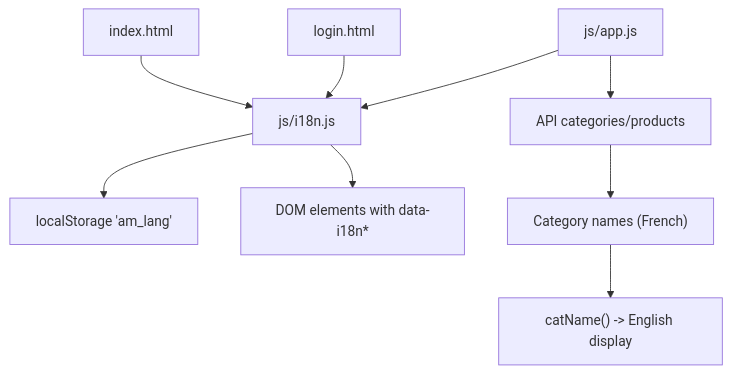
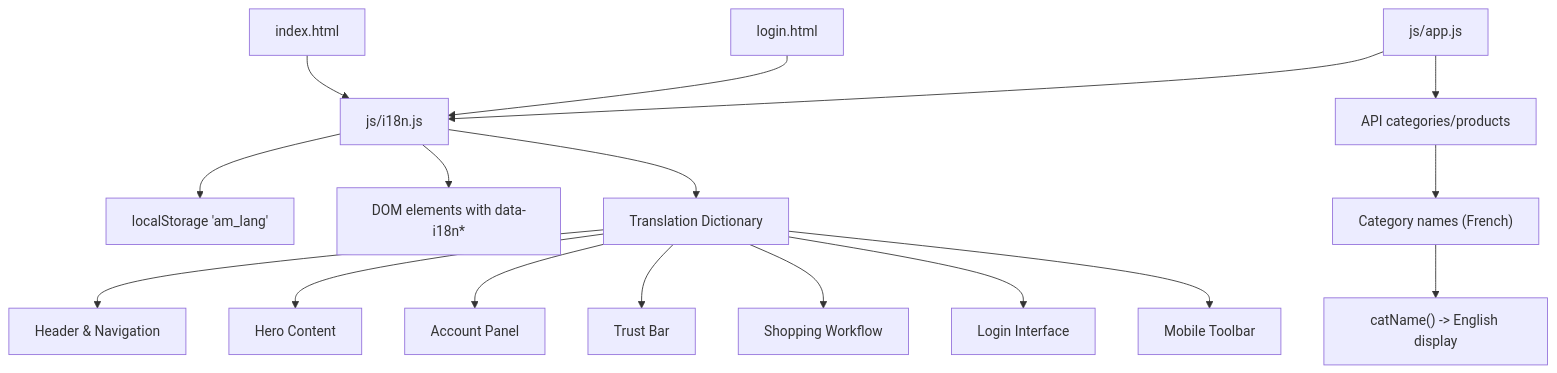
One commit to OryxAvelis/updated_market changed the first of 5 diagrams in .qoder/repowiki/en/content/Internationalization System.md. Above: the diagram before and after it, drawn with Mermaid. The commit also changed other lines of this file and 4 other files, not shown here.

````diff
--- a/.qoder/repowiki/en/content/Internationalization System.md
+++ b/.qoder/repowiki/en/content/Internationalization System.md
@@ -40,11 +53,19 @@
 ```mermaid
 graph TB
 A["index.html"] --> B["js/i18n.js"]
 C["login.html"] --> B
 D["js/app.js"] --> B
 B --> E["localStorage 'am_lang'"]
 B --> F["DOM elements with data-i18n*"]
 D --> G["API categories/products"]
 G --> H["Category names (French)"]
 H --> I["catName() -> English display"]
+B --> J["Translation Dictionary"]
+J --> K["Header & Navigation"]
+J --> L["Hero Content"]
+J --> M["Account Panel"]
+J --> N["Trust Bar"]
+J --> O["Shopping Workflow"]
+J --> P["Login Interface"]
+J --> Q["Mobile Toolbar"]
 ```
````
